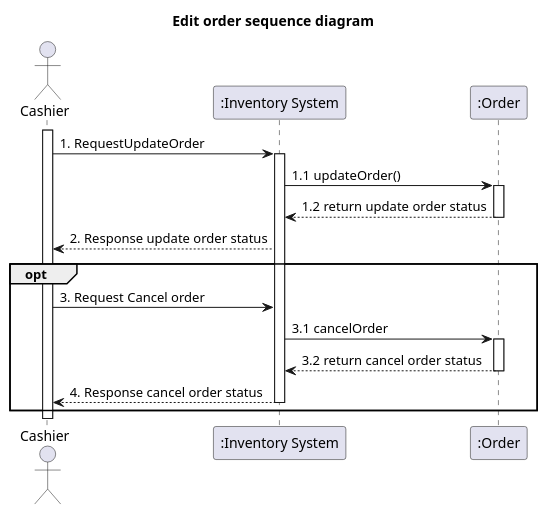
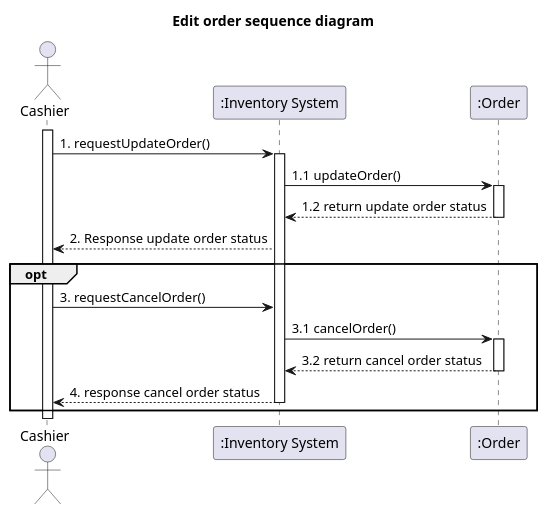
The diagram in system-analysis/sequence/_4_3_sequence-edit-order.puml (billowdev/inventory-system-plantuml-sequelize-seeder-example), drawn with PlantUML before and after one commit. The commit also changed 22 other files, not shown here.

Commit message:
update sequence refactor to lowwer case

```diff
--- a/system-analysis/sequence/_4_3_sequence-edit-order.puml
+++ b/system-analysis/sequence/_4_3_sequence-edit-order.puml
@@ -1,38 +1,38 @@
 @startuml
 'example
 title Edit order sequence diagram
 
 actor Cashier as actorCashier
 participant ":Inventory System" as InventorySystem
 participant ":Order" as classOrder
 
 activate actorCashier
 
-actorCashier -> InventorySystem: 1. RequestUpdateOrder
+actorCashier -> InventorySystem: 1. requestUpdateOrder()
 activate InventorySystem
 
 InventorySystem -> classOrder: 1.1 updateOrder()
 activate classOrder
 
 classOrder --> InventorySystem: 1.2 return update order status
 deactivate classOrder
 
 InventorySystem --> actorCashier : 2. Response update order status
 opt
 
-actorCashier -> InventorySystem: 3. Request Cancel order
+actorCashier -> InventorySystem: 3. requestCancelOrder()
 
 
-InventorySystem -> classOrder: 3.1 cancelOrder
+InventorySystem -> classOrder: 3.1 cancelOrder()
 activate classOrder
 
 classOrder --> InventorySystem: 3.2 return cancel order status
 deactivate classOrder
 
-InventorySystem --> actorCashier: 4. Response cancel order status
+InventorySystem --> actorCashier: 4. response cancel order status
 deactivate InventorySystem
 
 end
 
 
 @enduml
```
